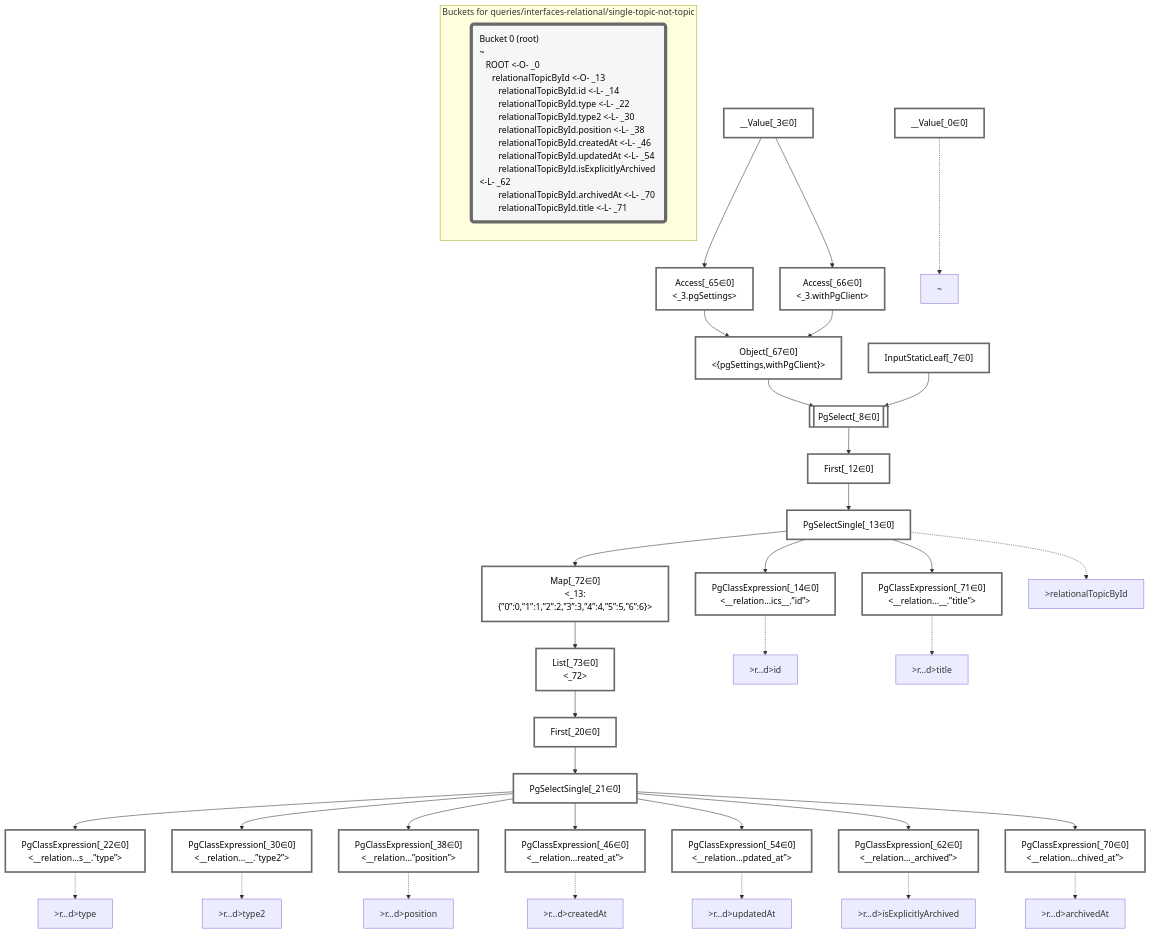
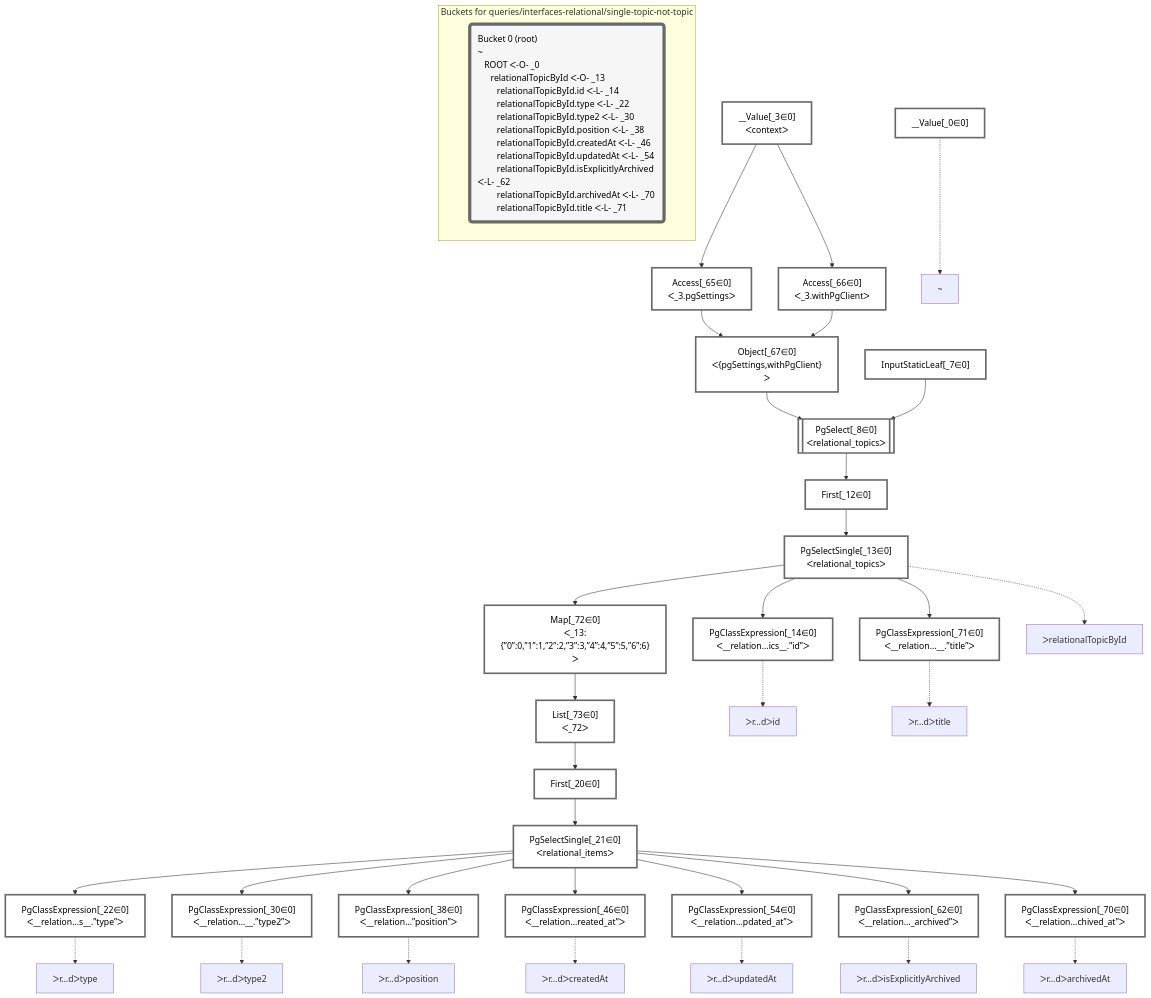
One commit to graphile/crystal changed the diagram in packages/dataplan-pg/__tests__/queries/interfaces-relational/single-topic-not-topic.mermaid.md. Above: the diagram before and after it, drawn with Mermaid. The commit also changed 195 other files, not shown here.

````diff
--- a/packages/dataplan-pg/__tests__/queries/interfaces-relational/single-topic-not-topic.mermaid.md
+++ b/packages/dataplan-pg/__tests__/queries/interfaces-relational/single-topic-not-topic.mermaid.md
@@ -9,27 +9,27 @@
 
     %% define plans
     __Value_0["__Value[_0∈0]"]:::plan
-    __Value_3["__Value[_3∈0]<br /><context>"]:::plan
+    __Value_3["__Value[_3∈0]<br />ᐸcontextᐳ"]:::plan
     InputStaticLeaf_7["InputStaticLeaf[_7∈0]"]:::plan
-    PgSelect_8[["PgSelect[_8∈0]<br /><relational_topics>"]]:::plan
+    PgSelect_8[["PgSelect[_8∈0]<br />ᐸrelational_topicsᐳ"]]:::plan
     First_12["First[_12∈0]"]:::plan
-    PgSelectSingle_13["PgSelectSingle[_13∈0]<br /><relational_topics>"]:::plan
-    PgClassExpression_14["PgClassExpression[_14∈0]<br /><__relation...ics__.”id”>"]:::plan
+    PgSelectSingle_13["PgSelectSingle[_13∈0]<br />ᐸrelational_topicsᐳ"]:::plan
+    PgClassExpression_14["PgClassExpression[_14∈0]<br />ᐸ__relation...ics__.”id”ᐳ"]:::plan
     First_20["First[_20∈0]"]:::plan
-    PgSelectSingle_21["PgSelectSingle[_21∈0]<br /><relational_items>"]:::plan
-    PgClassExpression_22["PgClassExpression[_22∈0]<br /><__relation...s__.”type”>"]:::plan
-    PgClassExpression_30["PgClassExpression[_30∈0]<br /><__relation...__.”type2”>"]:::plan
-    PgClassExpression_38["PgClassExpression[_38∈0]<br /><__relation...”position”>"]:::plan
-    PgClassExpression_46["PgClassExpression[_46∈0]<br /><__relation...reated_at”>"]:::plan
-    PgClassExpression_54["PgClassExpression[_54∈0]<br /><__relation...pdated_at”>"]:::plan
-    PgClassExpression_62["PgClassExpression[_62∈0]<br /><__relation..._archived”>"]:::plan
-    Access_65["Access[_65∈0]<br /><_3.pgSettings>"]:::plan
-    Access_66["Access[_66∈0]<br /><_3.withPgClient>"]:::plan
-    Object_67["Object[_67∈0]<br /><{pgSettings,withPgClient}>"]:::plan
-    PgClassExpression_70["PgClassExpression[_70∈0]<br /><__relation...chived_at”>"]:::plan
-    PgClassExpression_71["PgClassExpression[_71∈0]<br /><__relation...__.”title”>"]:::plan
-    Map_72["Map[_72∈0]<br /><_13:{”0”:0,”1”:1,”2”:2,”3”:3,”4”:4,”5”:5,”6”:6}>"]:::plan
-    List_73["List[_73∈0]<br /><_72>"]:::plan
+    PgSelectSingle_21["PgSelectSingle[_21∈0]<br />ᐸrelational_itemsᐳ"]:::plan
+    PgClassExpression_22["PgClassExpression[_22∈0]<br />ᐸ__relation...s__.”type”ᐳ"]:::plan
+    PgClassExpression_30["PgClassExpression[_30∈0]<br />ᐸ__relation...__.”type2”ᐳ"]:::plan
+    PgClassExpression_38["PgClassExpression[_38∈0]<br />ᐸ__relation...”position”ᐳ"]:::plan
+    PgClassExpression_46["PgClassExpression[_46∈0]<br />ᐸ__relation...reated_at”ᐳ"]:::plan
+    PgClassExpression_54["PgClassExpression[_54∈0]<br />ᐸ__relation...pdated_at”ᐳ"]:::plan
+    PgClassExpression_62["PgClassExpression[_62∈0]<br />ᐸ__relation..._archived”ᐳ"]:::plan
+    Access_65["Access[_65∈0]<br />ᐸ_3.pgSettingsᐳ"]:::plan
+    Access_66["Access[_66∈0]<br />ᐸ_3.withPgClientᐳ"]:::plan
+    Object_67["Object[_67∈0]<br />ᐸ{pgSettings,withPgClient}ᐳ"]:::plan
+    PgClassExpression_70["PgClassExpression[_70∈0]<br />ᐸ__relation...chived_at”ᐳ"]:::plan
+    PgClassExpression_71["PgClassExpression[_71∈0]<br />ᐸ__relation...__.”title”ᐳ"]:::plan
+    Map_72["Map[_72∈0]<br />ᐸ_13:{”0”:0,”1”:1,”2”:2,”3”:3,”4”:4,”5”:5,”6”:6}ᐳ"]:::plan
+    List_73["List[_73∈0]<br />ᐸ_72ᐳ"]:::plan
 
     %% plan dependencies
     Object_67 --> PgSelect_8
@@ -57,25 +57,25 @@
     %% plan-to-path relationships
     P_0["~"]
     __Value_0 -.-> P_0
-    P_13[">relationalTopicById"]
+    P_13["ᐳrelationalTopicById"]
     PgSelectSingle_13 -.-> P_13
-    P_14[">r…d>id"]
+    P_14["ᐳr…dᐳid"]
     PgClassExpression_14 -.-> P_14
-    P_22[">r…d>type"]
+    P_22["ᐳr…dᐳtype"]
     PgClassExpression_22 -.-> P_22
-    P_30[">r…d>type2"]
+    P_30["ᐳr…dᐳtype2"]
     PgClassExpression_30 -.-> P_30
-    P_38[">r…d>position"]
+    P_38["ᐳr…dᐳposition"]
     PgClassExpression_38 -.-> P_38
-    P_46[">r…d>createdAt"]
+    P_46["ᐳr…dᐳcreatedAt"]
     PgClassExpression_46 -.-> P_46
-    P_54[">r…d>updatedAt"]
+    P_54["ᐳr…dᐳupdatedAt"]
     PgClassExpression_54 -.-> P_54
-    P_62[">r…d>isExplicitlyArchived"]
+    P_62["ᐳr…dᐳisExplicitlyArchived"]
     PgClassExpression_62 -.-> P_62
-    P_70[">r…d>archivedAt"]
+    P_70["ᐳr…dᐳarchivedAt"]
     PgClassExpression_70 -.-> P_70
-    P_71[">r…d>title"]
+    P_71["ᐳr…dᐳtitle"]
     PgClassExpression_71 -.-> P_71
 
     %% allocate buckets
@@ -83,7 +83,7 @@
     class __Value_0,__Value_3,InputStaticLeaf_7,PgSelect_8,First_12,PgSelectSingle_13,PgClassExpression_14,First_20,PgSelectSingle_21,PgClassExpression_22,PgClassExpression_30,PgClassExpression_38,PgClassExpression_46,PgClassExpression_54,PgClassExpression_62,Access_65,Access_66,Object_67,PgClassExpression_70,PgClassExpression_71,Map_72,List_73 bucket0
 
     subgraph "Buckets for queries/interfaces-relational/single-topic-not-topic"
-    Bucket0("Bucket 0 (root)<br />~<br />⠀ROOT <-O- _0<br />⠀⠀relationalTopicById <-O- _13<br />⠀⠀⠀relationalTopicById.id <-L- _14<br />⠀⠀⠀relationalTopicById.type <-L- _22<br />⠀⠀⠀relationalTopicById.type2 <-L- _30<br />⠀⠀⠀relationalTopicById.position <-L- _38<br />⠀⠀⠀relationalTopicById.createdAt <-L- _46<br />⠀⠀⠀relationalTopicById.updatedAt <-L- _54<br />⠀⠀⠀relationalTopicById.isExplicitlyArchived <-L- _62<br />⠀⠀⠀relationalTopicById.archivedAt <-L- _70<br />⠀⠀⠀relationalTopicById.title <-L- _71"):::bucket
+    Bucket0("Bucket 0 (root)<br />~<br />⠀ROOT ᐸ-O- _0<br />⠀⠀relationalTopicById ᐸ-O- _13<br />⠀⠀⠀relationalTopicById.id ᐸ-L- _14<br />⠀⠀⠀relationalTopicById.type ᐸ-L- _22<br />⠀⠀⠀relationalTopicById.type2 ᐸ-L- _30<br />⠀⠀⠀relationalTopicById.position ᐸ-L- _38<br />⠀⠀⠀relationalTopicById.createdAt ᐸ-L- _46<br />⠀⠀⠀relationalTopicById.updatedAt ᐸ-L- _54<br />⠀⠀⠀relationalTopicById.isExplicitlyArchived ᐸ-L- _62<br />⠀⠀⠀relationalTopicById.archivedAt ᐸ-L- _70<br />⠀⠀⠀relationalTopicById.title ᐸ-L- _71"):::bucket
     style Bucket0 stroke:#696969
     end
 ```
````
